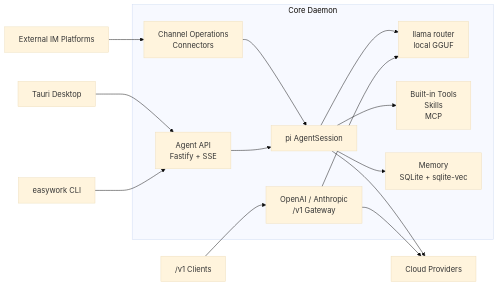
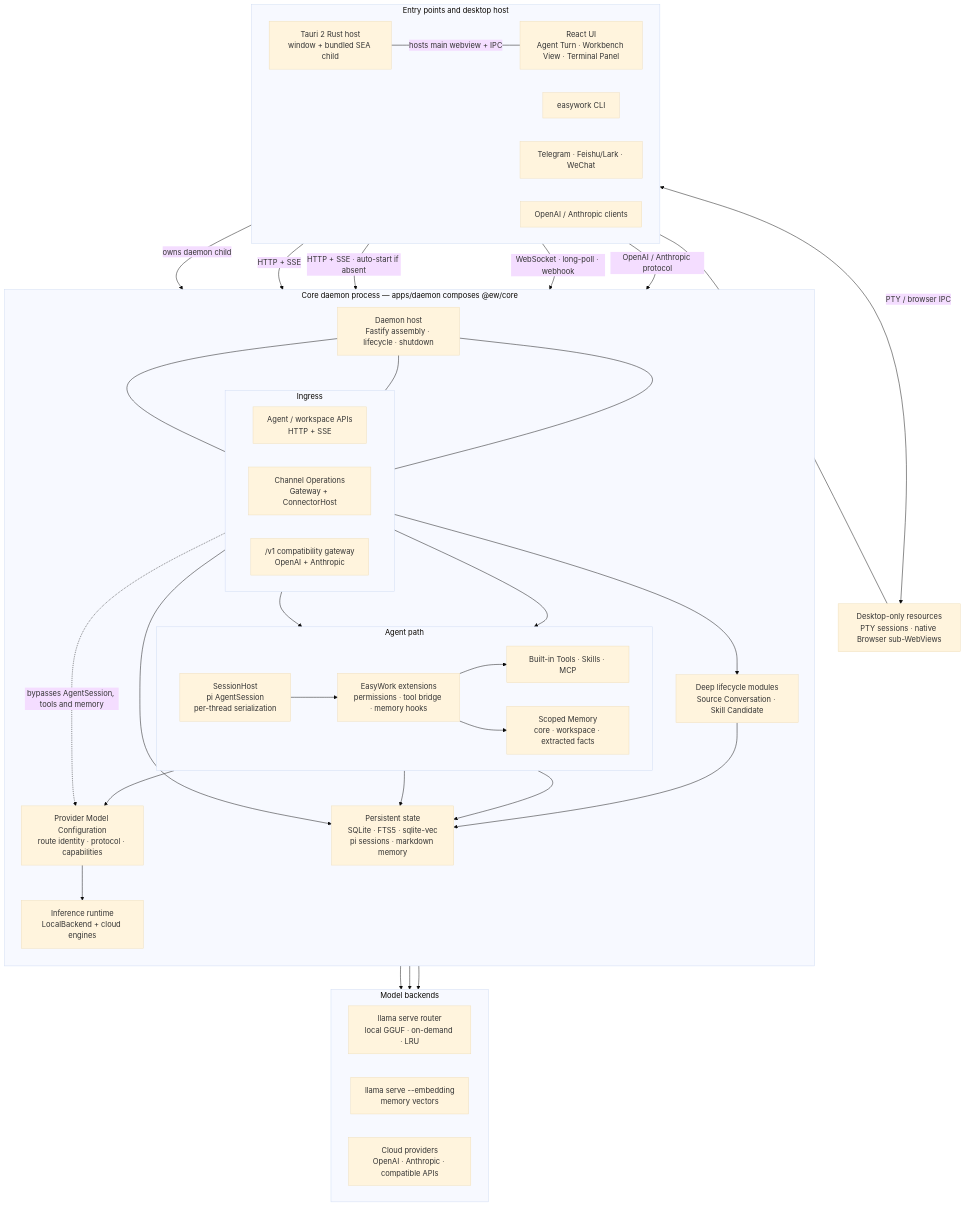
The diagram in README.md (LunarCache/easywork), drawn with Mermaid (base theme) before and after one commit. The commit also changed other lines of this file, not shown here.

Commit message:
docs: refresh architecture overview

````diff
--- a/README.md
+++ b/README.md
@@ -42,31 +42,74 @@
 ```mermaid
-flowchart LR
-  Desktop["Tauri Desktop"]
-  CLI["easywork CLI"]
-  IM["External IM Platforms"]
-  V1["/v1 Clients"]
-
-  subgraph Core["Core Daemon"]
-    AgentAPI["Agent API<br/>Fastify + SSE"]
-    Channel["Channel Operations<br/>Connectors"]
-    Gateway["OpenAI / Anthropic<br/>/v1 Gateway"]
-    Agent["pi AgentSession"]
-    Router["llama router<br/>local GGUF"]
-    Tools["Built-in Tools<br/>Skills<br/>MCP"]
-    Memory["Memory<br/>SQLite + sqlite-vec"]
+flowchart TB
+  subgraph Entry["Entry points and desktop host"]
+    direction LR
+    Desktop["Tauri 2 Rust host<br/>window + bundled SEA child"]
+    UI["React UI<br/>Agent Turn · Workbench View · Terminal Panel"]
+    CLI["easywork CLI"]
+    IM["Telegram · Feishu/Lark · WeChat"]
+    V1Clients["OpenAI / Anthropic clients"]
   end
 
-  Cloud["Cloud Providers"]
+  Native["Desktop-only resources<br/>PTY sessions · native Browser sub-WebViews"]
 
-  Desktop --> AgentAPI
-  CLI --> AgentAPI
-  IM --> Channel --> Agent
-  V1 --> Gateway
-  AgentAPI --> Agent
-  Agent --> Router
-  Agent --> Cloud
-  Agent --> Tools
-  Agent --> Memory
-  Gateway --> Router
-  Gateway --> Cloud
+  subgraph Daemon["Core daemon process — apps/daemon composes @ew/core"]
+    direction TB
+    Host["Daemon host<br/>Fastify assembly · lifecycle · shutdown"]
+
+    subgraph Ingress["Ingress"]
+      direction LR
+      AgentAPI["Agent / workspace APIs<br/>HTTP + SSE"]
+      ChannelOps["Channel Operations<br/>Gateway + ConnectorHost"]
+      Compat["/v1 compatibility gateway<br/>OpenAI + Anthropic"]
+    end
+
+    subgraph AgentPath["Agent path"]
+      direction LR
+      SessionHost["SessionHost<br/>pi AgentSession<br/>per-thread serialization"]
+      Extensions["EasyWork extensions<br/>permissions · tool bridge · memory hooks"]
+      Capabilities["Built-in Tools · Skills · MCP"]
+      Memory["Scoped Memory<br/>core · workspace · extracted facts"]
+    end
+
+    ModelConfig["Provider Model Configuration<br/>route identity · protocol · capabilities"]
+    Runtime["Inference runtime<br/>LocalBackend + cloud engines"]
+    Lifecycles["Deep lifecycle modules<br/>Source Conversation · Skill Candidate"]
+    State["Persistent state<br/>SQLite · FTS5 · sqlite-vec<br/>pi sessions · markdown memory"]
+
+    Host --- AgentAPI
+    Host --- ChannelOps
+    Host --- Compat
+    AgentAPI --> SessionHost
+    ChannelOps --> SessionHost
+    SessionHost --> Extensions
+    Extensions --> Capabilities
+    Extensions --> Memory
+    SessionHost --> ModelConfig
+    AgentAPI --> Lifecycles
+    Lifecycles --> State
+    SessionHost --> State
+    ChannelOps --> State
+    Memory --> State
+    Compat -. "bypasses AgentSession, tools and memory" .-> ModelConfig
+    ModelConfig --> Runtime
+  end
+
+  subgraph Backends["Model backends"]
+    direction LR
+    Router["llama serve router<br/>local GGUF · on-demand · LRU"]
+    Embedding["llama serve --embedding<br/>memory vectors"]
+    Cloud["Cloud providers<br/>OpenAI · Anthropic · compatible APIs"]
+  end
+
+  Desktop ---|"hosts main webview + IPC"| UI
+  Desktop --- Native
+  UI <-->|"PTY / browser IPC"| Native
+  Desktop -->|"owns daemon child"| Host
+  UI -->|"HTTP + SSE"| AgentAPI
+  CLI -->|"HTTP + SSE · auto-start if absent"| AgentAPI
+  IM -->|"WebSocket · long-poll · webhook"| ChannelOps
+  V1Clients -->|"OpenAI / Anthropic protocol"| Compat
+  Runtime --> Router
+  Runtime --> Cloud
+  Memory --> Embedding
 ```
````
